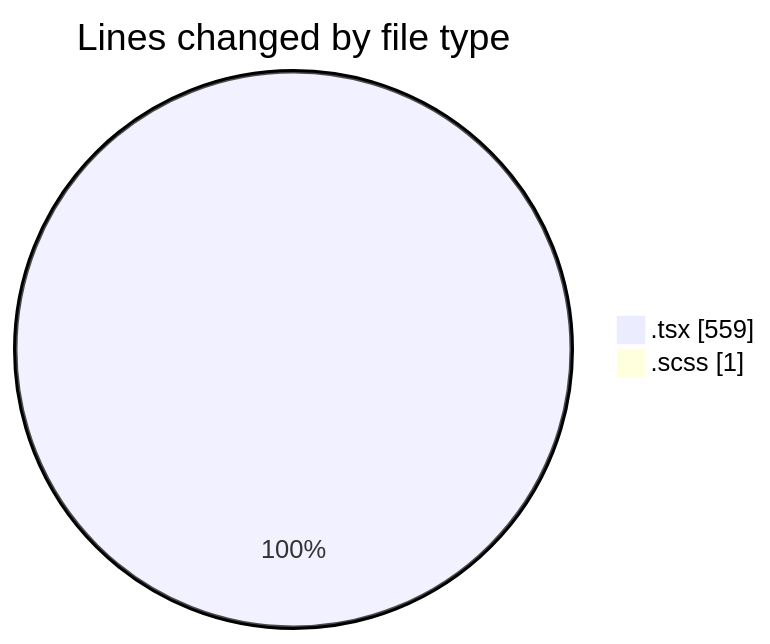
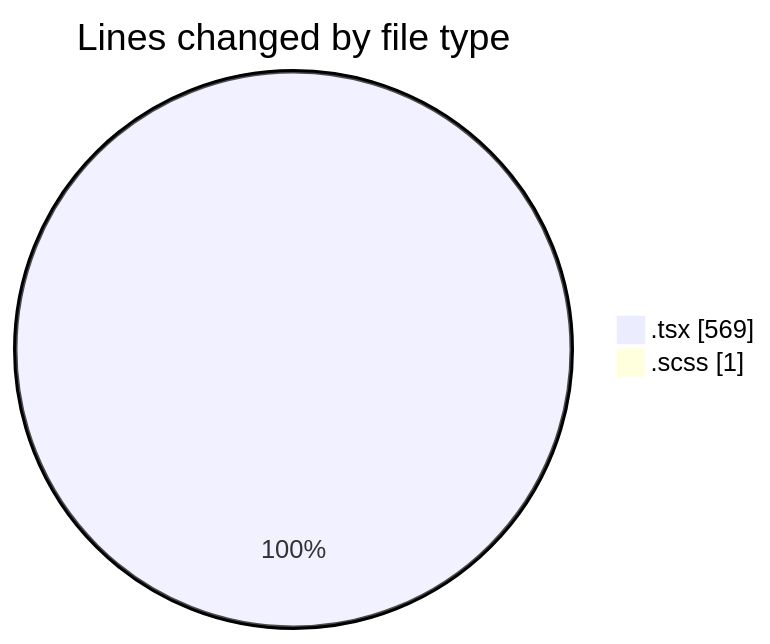
One commit to momahboobian/code-tracking changed the first of 2 diagrams in 2025-03-19/cda/README.md. Above: the diagram before and after it, drawn with Mermaid. The commit also changed other lines of this file and 1 other file, not shown here.

````diff
--- a/2025-03-19/cda/README.md
+++ b/2025-03-19/cda/README.md
@@ -23,6 +23,6 @@
 ```mermaid
 pie showData
 title Lines changed by file type
-".tsx" : 559
+".tsx" : 569
 ".scss" : 1
 ```
````
